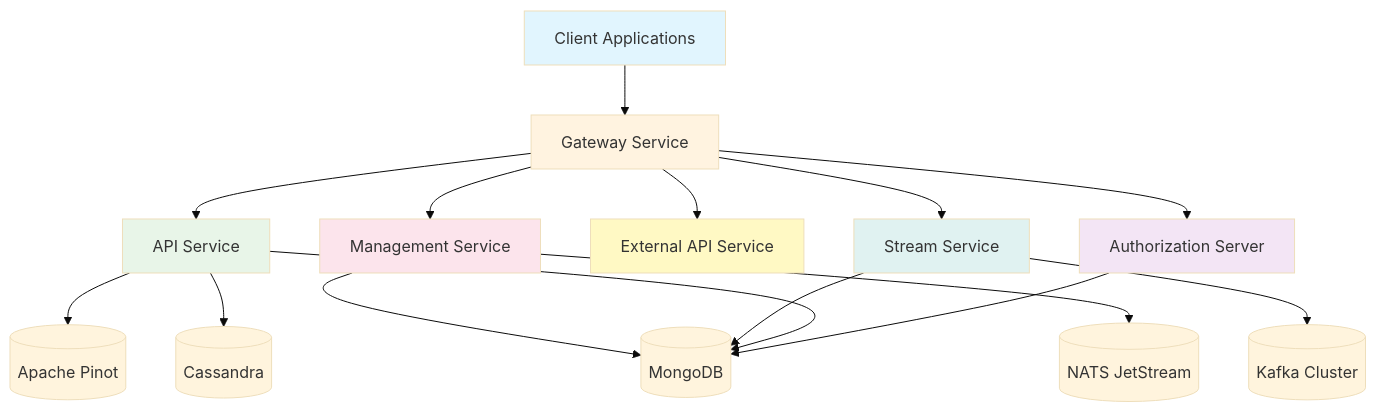
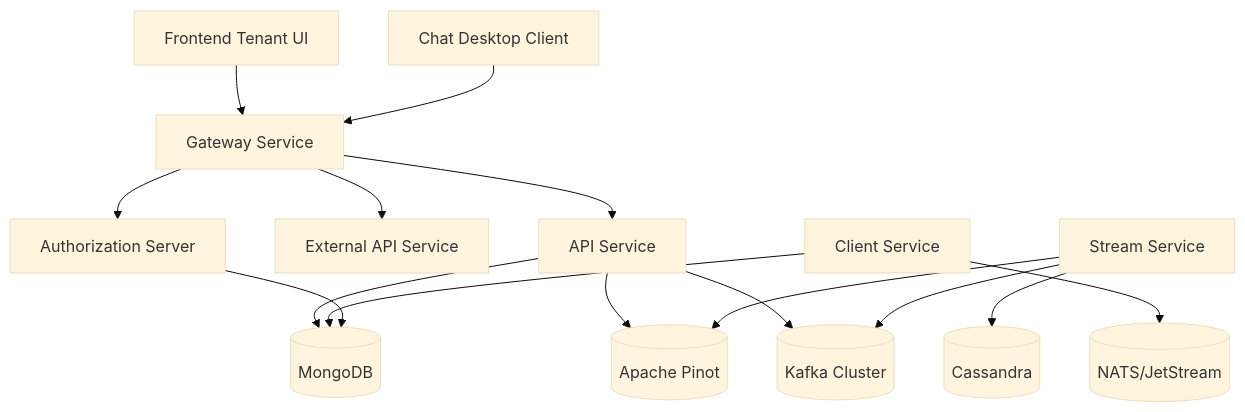
The diagram in docs/getting-started/introduction.md (Praesto-Pro/openframe-oss-tenant), drawn with Mermaid (base theme) before and after one commit. The commit also changed other lines of this file and 344 other files, not shown here.

````diff
--- a/docs/getting-started/introduction.md
+++ b/docs/getting-started/introduction.md
@@ -80,29 +51,22 @@
 ```mermaid
 flowchart TD
-    Client[Client Applications] --> Gateway[Gateway Service]
+    UI[Frontend Tenant UI] --> Gateway[Gateway Service]
+    Chat[Chat Desktop Client] --> Gateway
     
-    Gateway --> Auth[Authorization Server]
     Gateway --> API[API Service]
     Gateway --> External[External API Service]
-    Gateway --> Mgmt[Management Service]
-    Gateway --> Stream[Stream Service]
+    Gateway --> Auth[Authorization Server]
     
-    Auth --> Mongo[(MongoDB)]
-    API --> Mongo
+    API --> Mongo[(MongoDB)]
     API --> Pinot[(Apache Pinot)]
-    API --> Cassandra[(Cassandra)]
+    API --> Kafka[(Kafka Cluster)]
     
-    Stream --> Kafka[(Kafka Cluster)]
-    Stream --> Mongo
+    Stream[Stream Service] --> Kafka
+    Stream --> Cassandra[(Cassandra)]
+    Stream --> Pinot
     
-    Mgmt --> NATS[(NATS JetStream)]
-    Mgmt --> Mongo
+    Client[Client Service] --> Mongo
+    Client --> NATS[(NATS/JetStream)]
     
-    style Client fill:#e1f5fe
-    style Gateway fill:#fff3e0
-    style Auth fill:#f3e5f5
-    style API fill:#e8f5e8
-    style External fill:#fff9c4
-    style Mgmt fill:#fce4ec
-    style Stream fill:#e0f2f1
+    Auth --> Mongo
 ```
````
